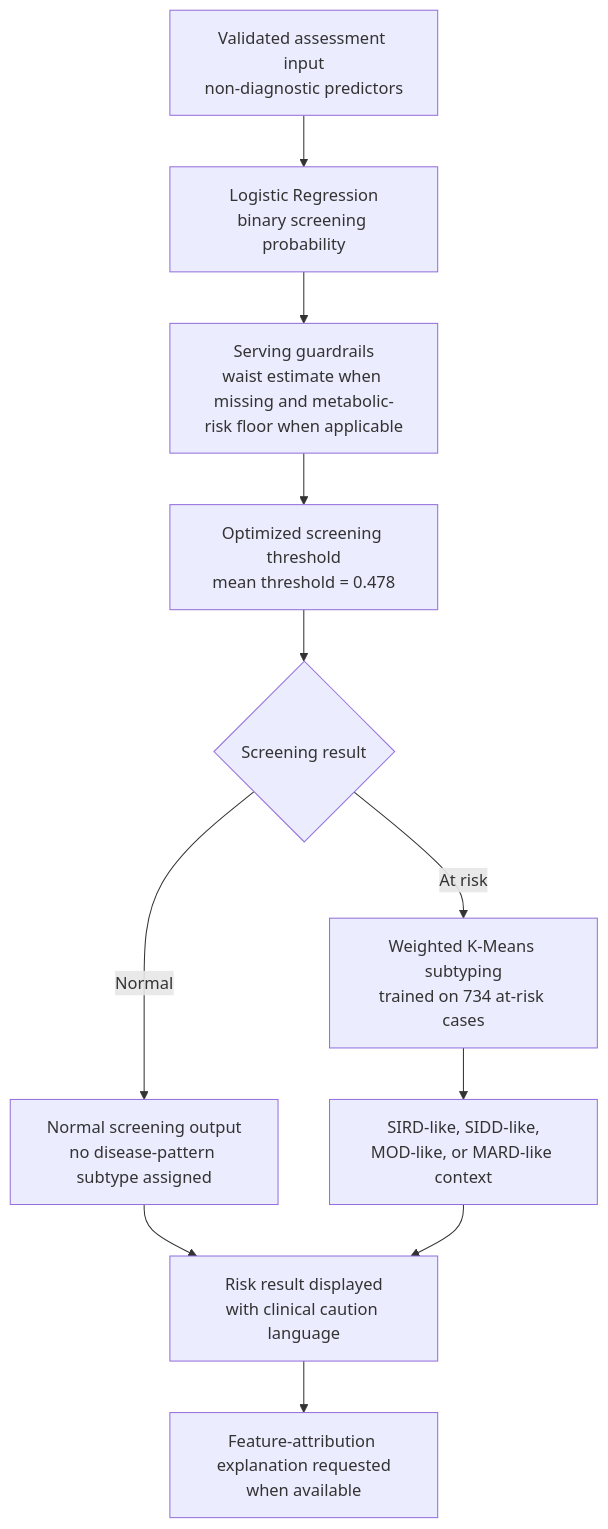
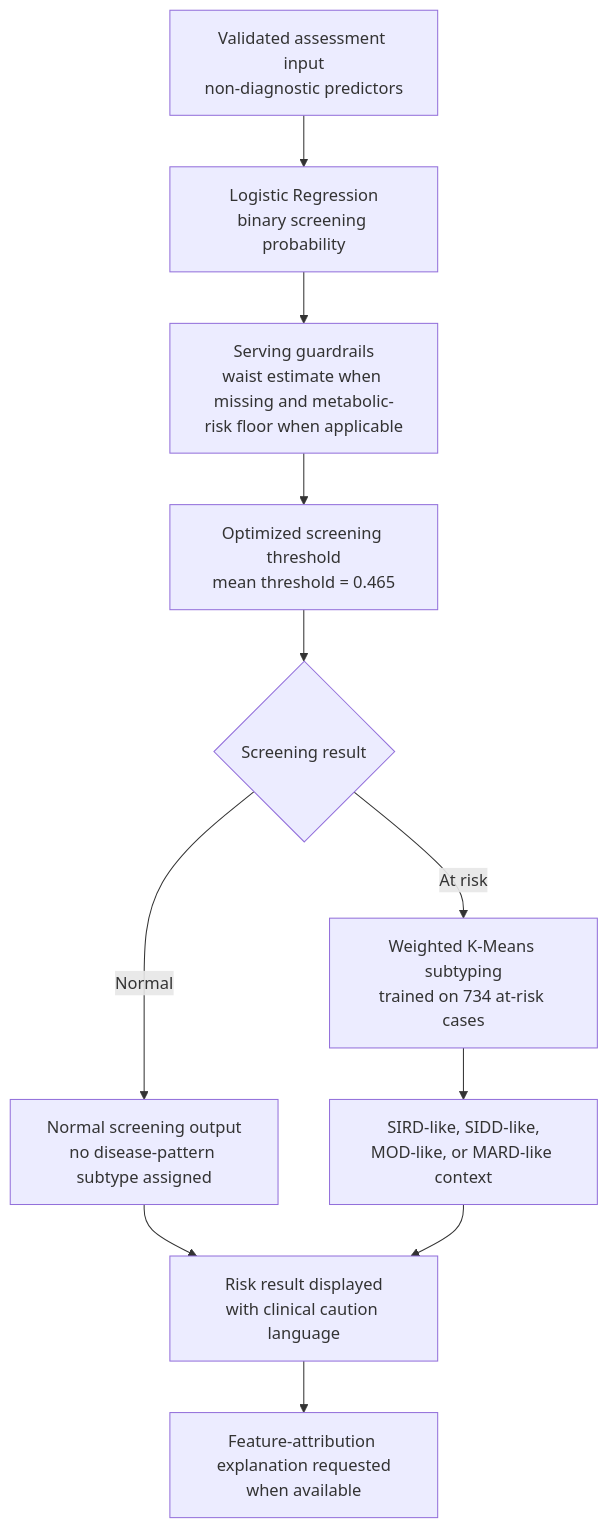
One commit to Skufu/DianaV2 changed the second of 5 diagrams in docs/07-research/thesis-drafts/ch3+4-final-academic-draft.md. Above: the diagram before and after it, drawn with Mermaid. The commit also changed other lines of this file and 46 other files, not shown here.

````diff
--- a/docs/07-research/thesis-drafts/ch3+4-final-academic-draft.md
+++ b/docs/07-research/thesis-drafts/ch3+4-final-academic-draft.md
@@ -200,13 +206,13 @@
 ```mermaid
 flowchart TB
     A["Validated assessment input<br/>non-diagnostic predictors"] --> B["Logistic Regression<br/>binary screening probability"]
     B --> C["Serving guardrails<br/>waist estimate when missing and metabolic-risk floor when applicable"]
-    C --> D["Optimized screening threshold<br/>mean threshold = 0.478"]
+    C --> D["Optimized screening threshold<br/>mean threshold = 0.465"]
     D --> E{"Screening result"}
     E -->|"Normal"| F["Normal screening output<br/>no disease-pattern subtype assigned"]
     E -->|"At risk"| G["Weighted K-Means subtyping<br/>trained on 734 at-risk cases"]
     G --> H["SIRD-like, SIDD-like,<br/>MOD-like, or MARD-like context"]
     F --> I["Risk result displayed<br/>with clinical caution language"]
     H --> I
     I --> J["Feature-attribution explanation requested<br/>when available"]
 ```
````
